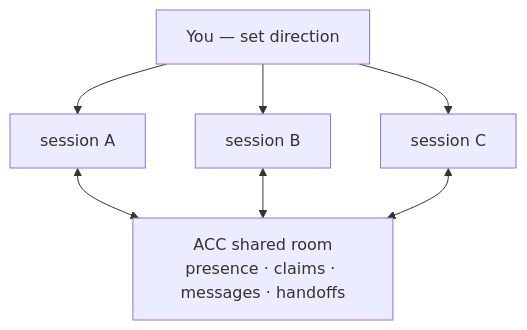
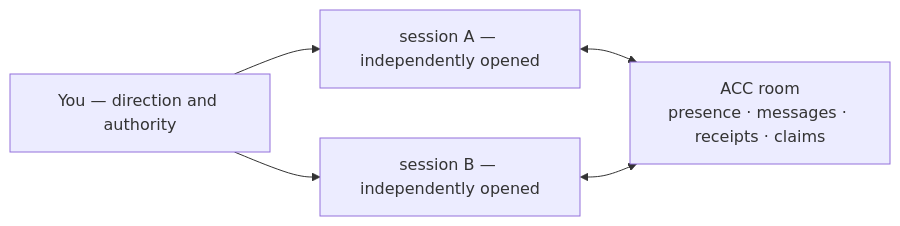
Before and after one commit to automatis-tools/agents-can-communicate: the diagram in README.md, drawn with Mermaid. The commit also changed other lines of this file and 21 other files, not shown here.

````diff
--- a/README.md
+++ b/README.md
@@ -27,14 +28,7 @@
 ```mermaid
-flowchart TB
-  Y["You — set direction"]
-  A["session A"]
-  B["session B"]
-  C["session C"]
-  R["ACC shared room<br/>presence · claims · messages · handoffs"]
-  Y --> A
-  Y --> B
-  Y --> C
-  A <--> R
-  B <--> R
-  C <--> R
+flowchart LR
+  A["session A — independently opened"] <--> R["ACC room<br/>presence · messages · receipts · claims"]
+  B["session B — independently opened"] <--> R
+  U["You — direction and authority"] --> A
+  U --> B
 ```
````
